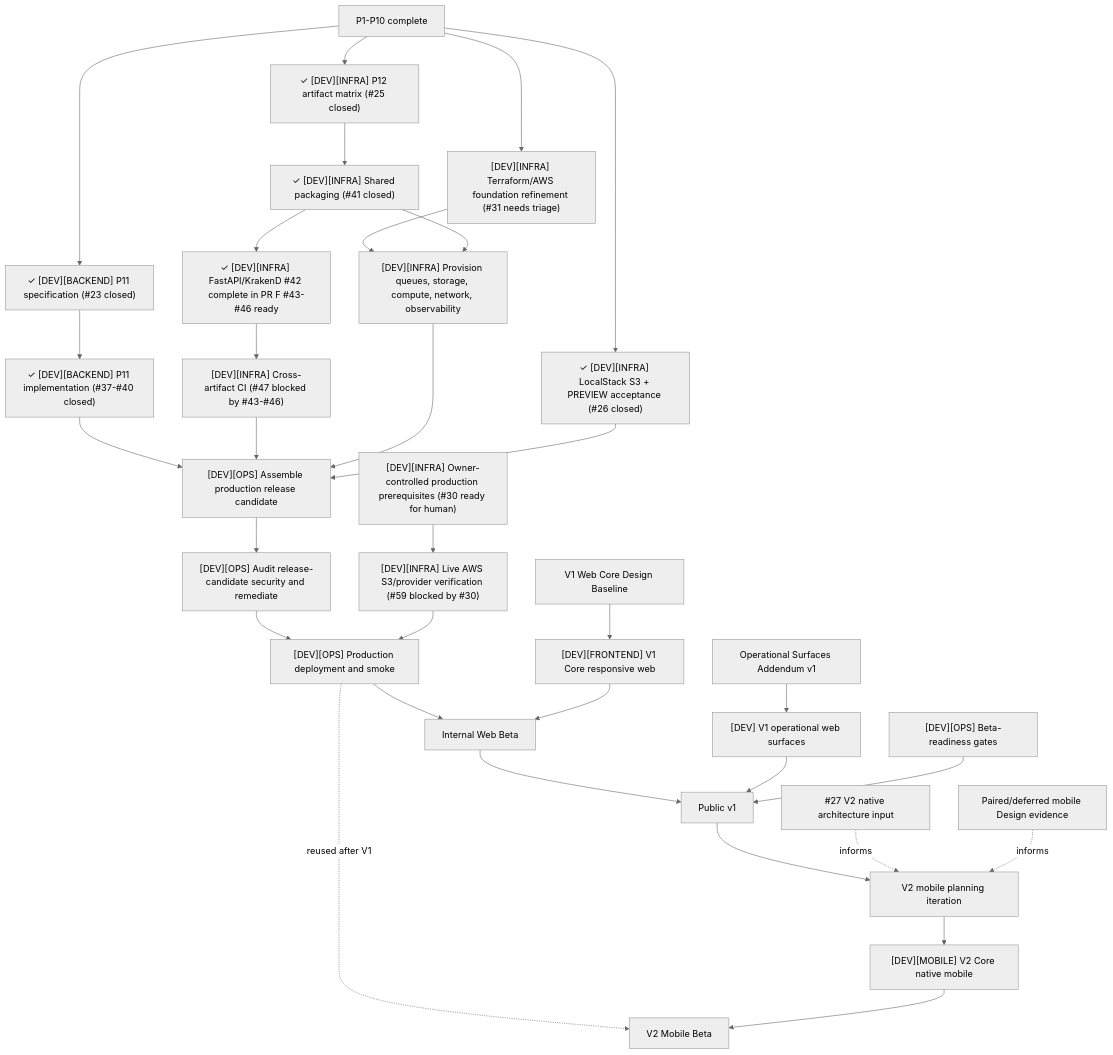
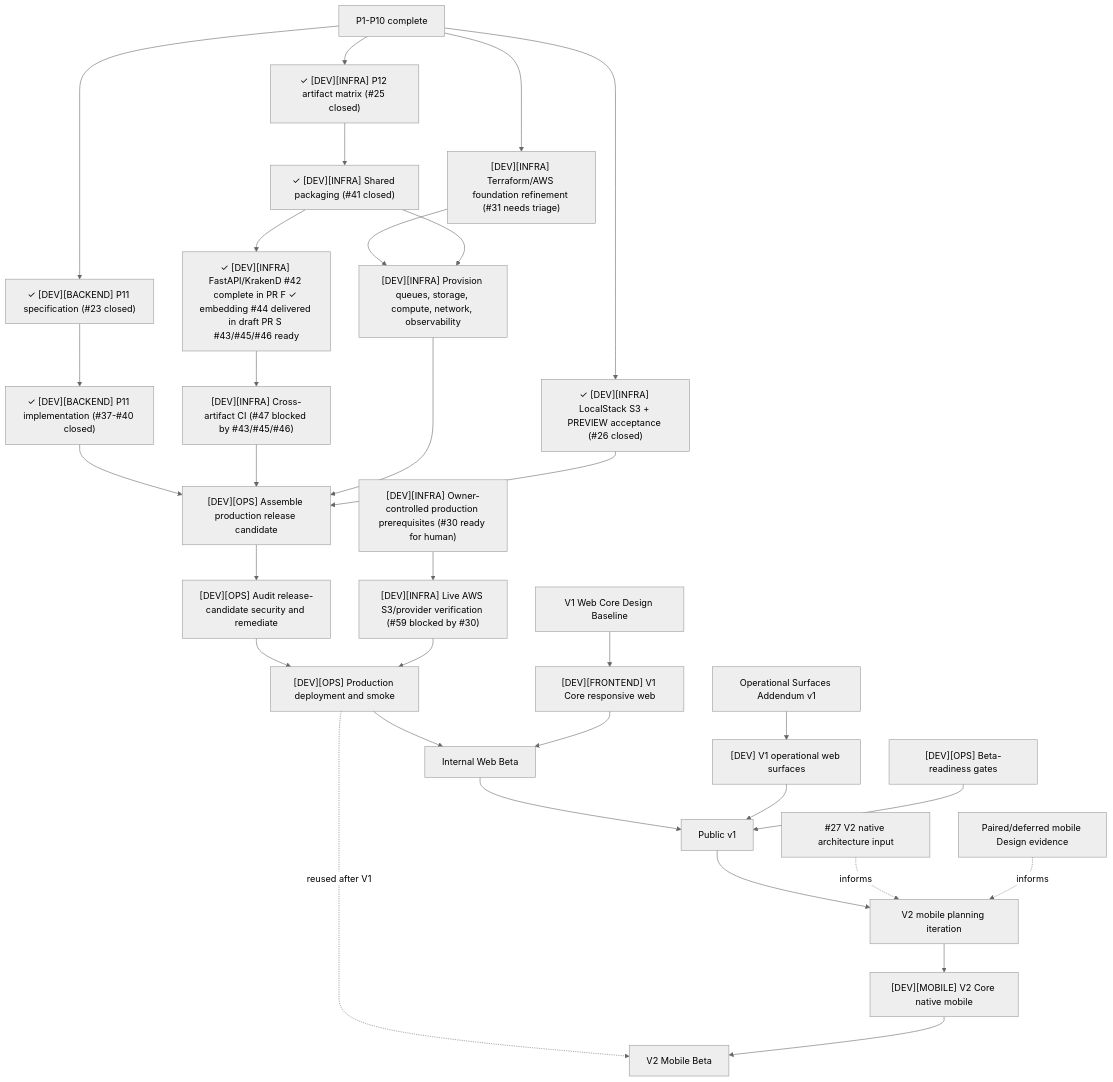
One commit to starkovalera/recipe-manager changed the diagram in docs/architecture/production-roadmap.md. Above: the diagram before and after it, drawn with Mermaid (neutral theme). The commit also changed other lines of this file and 6 other files, not shown here.

First line of the commit message:
feat(infra): add embedding Lambda production artifact (#44) (#83)

````diff
--- a/docs/architecture/production-roadmap.md
+++ b/docs/architecture/production-roadmap.md
@@ -215,41 +215,41 @@
 ```mermaid
 flowchart TD
   p10["P1-P10 complete"]
   p10 --> p11Spec["✓ [DEV][BACKEND] P11 specification (#23 closed)"]
   p11Spec --> p11Implementation["✓ [DEV][BACKEND] P11 implementation (#37-#40 closed)"]
   p10 --> p12Spec["✓ [DEV][INFRA] P12 artifact matrix (#25 closed)"]
   p12Spec --> p12Shared["✓ [DEV][INFRA] Shared packaging (#41 closed)"]
-  p12Shared --> p12Artifacts["✓ [DEV][INFRA] FastAPI/KrakenD #42 complete in PR #70; #43-#46 ready"]
-  p12Artifacts --> p12Ci["[DEV][INFRA] Cross-artifact CI (#47 blocked by #43-#46)"]
+  p12Shared --> p12Artifacts["✓ [DEV][INFRA] FastAPI/KrakenD #42 complete in PR #70; ✓ embedding #44 delivered in draft PR #83; #43/#45/#46 ready"]
+  p12Artifacts --> p12Ci["[DEV][INFRA] Cross-artifact CI (#47 blocked by #43/#45/#46)"]
   p10 --> localstack["✓ [DEV][INFRA] LocalStack S3 + PREVIEW acceptance (#26 closed)"]
   p10 --> tfFoundation["[DEV][INFRA] Terraform/AWS foundation refinement (#31 needs triage)"]
   ownerInputs["[DEV][INFRA] Owner-controlled production prerequisites (#30 ready for human)"]
   ownerInputs --> liveAws["[DEV][INFRA] Live AWS S3/provider verification (#59 blocked by #30)"]
 
   tfFoundation --> cloudResources["[DEV][INFRA] Provision queues, storage, compute, network, observability"]
   p12Shared --> cloudResources
 
   p11Implementation --> releaseCandidate["[DEV][OPS] Assemble production release candidate"]
   p12Ci --> releaseCandidate
   cloudResources --> releaseCandidate
   localstack --> releaseCandidate
   releaseCandidate --> security["[DEV][OPS] Audit release-candidate security and remediate"]
   security --> technicalProd["[DEV][OPS] Production deployment and smoke"]
   liveAws --> technicalProd
 
   designCore["V1 Web Core Design Baseline"] --> web["[DEV][FRONTEND] V1 Core responsive web"]
   technicalProd --> webBeta["Internal Web Beta"]
   web --> webBeta
 
   designOps["Operational Surfaces Addendum v1"] --> operationalClients["[DEV] V1 operational web surfaces"]
   webBeta --> publicV1["Public v1"]
   operationalClients --> publicV1
   beta["[DEV][OPS] Beta-readiness gates"] --> publicV1
 
   publicV1 --> v2Planning["V2 mobile planning iteration"]
   mobileResearch["#27 V2 native architecture input"] -. informs .-> v2Planning
   pairedDesign["Paired/deferred mobile Design evidence"] -. informs .-> v2Planning
   v2Planning --> mobile["[DEV][MOBILE] V2 Core native mobile"]
   technicalProd -. reused after V1 .-> mobileBeta["V2 Mobile Beta"]
   mobile --> mobileBeta
 ```
````
